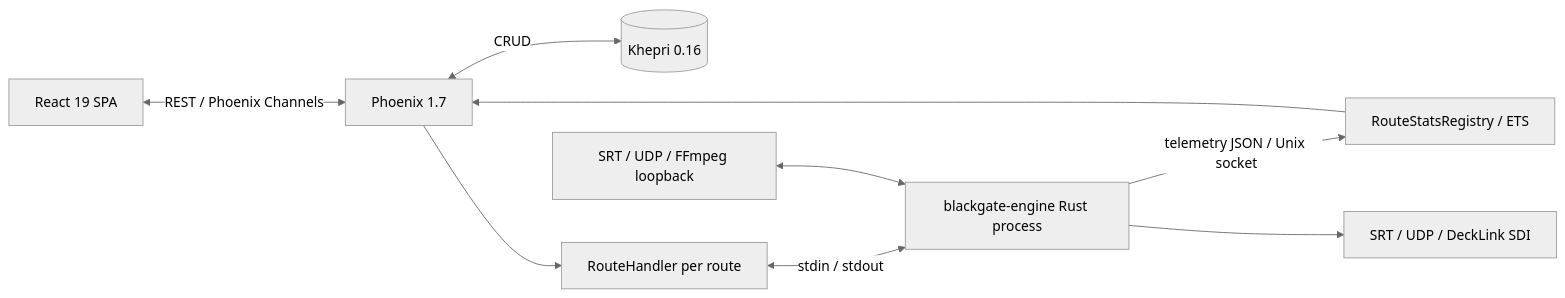
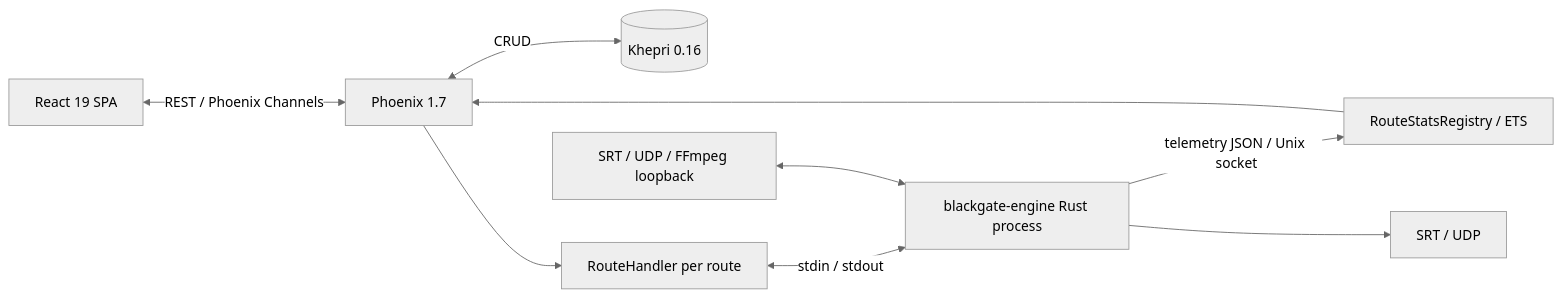
One commit to visual-alchemy/blackgate-project changed the diagram in docs/BLACKGATE_TECHNICAL_ANALYSIS.md. Above: the diagram before and after it, drawn with Mermaid (neutral theme). The commit also changed other lines of this file and 18 other files, not shown here.

````diff
--- a/docs/BLACKGATE_TECHNICAL_ANALYSIS.md
+++ b/docs/BLACKGATE_TECHNICAL_ANALYSIS.md
@@ -9,11 +9,11 @@
 ```mermaid
 flowchart LR
     UI[React 19 SPA] <-->|REST / Phoenix Channels| API[Phoenix 1.7]
     API <-->|CRUD| DB[(Khepri 0.16)]
     API --> RH[RouteHandler per route]
     RH <-->|stdin / stdout| RUST[blackgate-engine Rust process]
     RUST -->|telemetry JSON / Unix socket| STATS[RouteStatsRegistry / ETS]
     STATS --> API
     MEDIA[SRT / UDP / FFmpeg loopback] <--> RUST
-    RUST --> OUTPUT[SRT / UDP / DeckLink SDI]
+    RUST --> OUTPUT[SRT / UDP]
 ```
````
